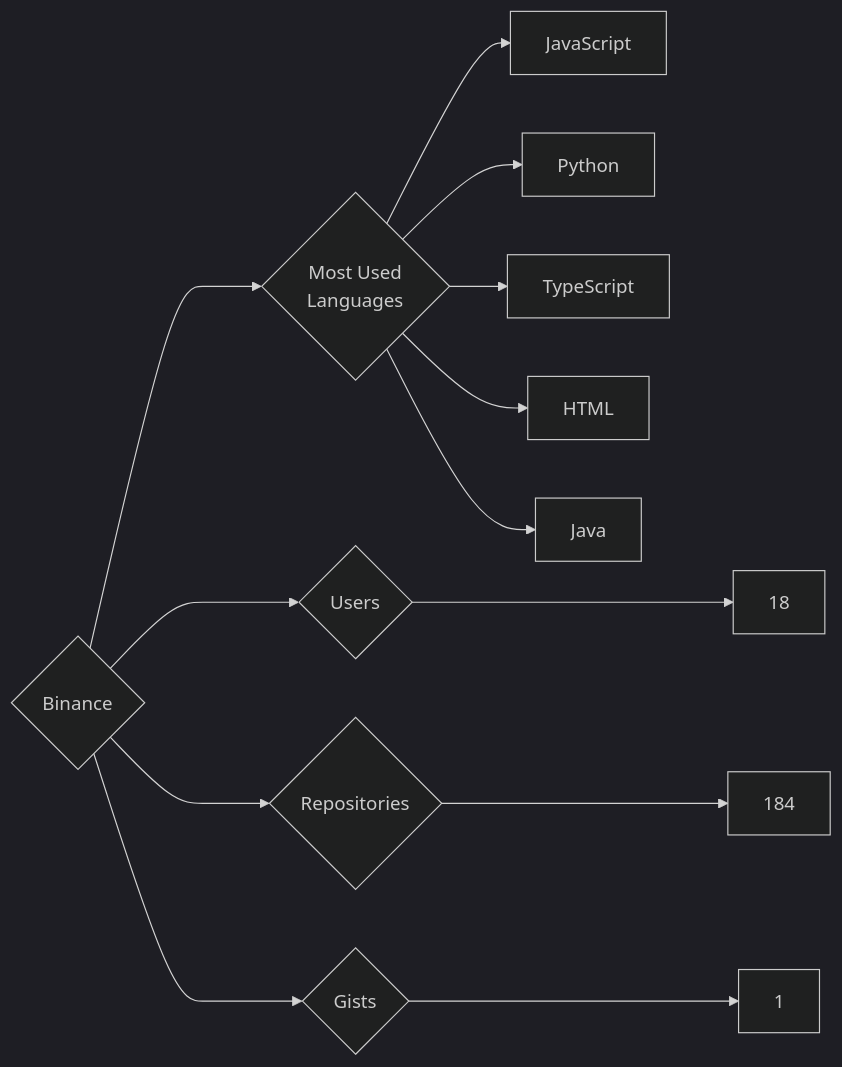
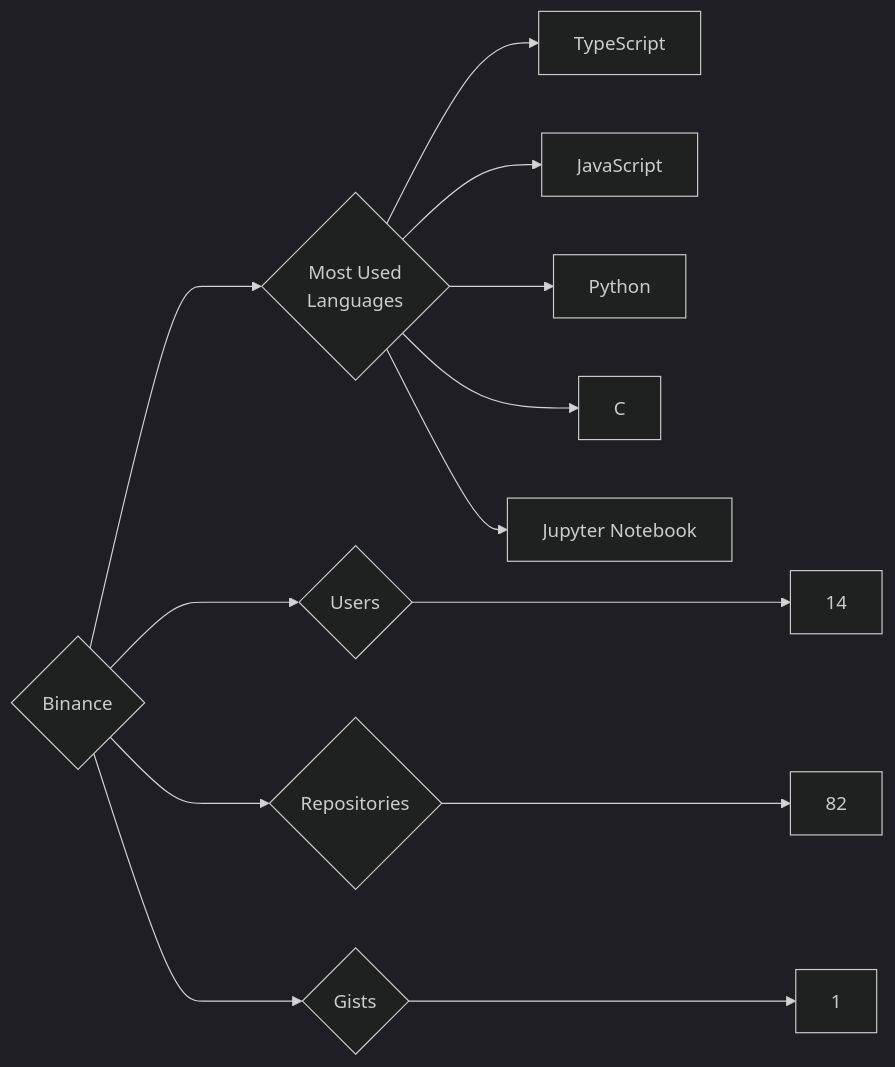
One commit to trickest/insiders changed the diagram in targets/Binance/README.md. Above: the diagram before and after it, drawn with Mermaid (dark theme). The commit also changed 845 other files, not shown here.

````diff
--- a/targets/Binance/README.md
+++ b/targets/Binance/README.md
@@ -3,13 +3,13 @@
 ```mermaid
 graph LR
 COMPANY_NAME{Binance}
-COMPANY_NAME ---> U{Users} ---> UN[18]
-COMPANY_NAME ---> R{Repositories} ---> RN[184]
+COMPANY_NAME ---> U{Users} ---> UN[14]
+COMPANY_NAME ---> R{Repositories} ---> RN[82]
 COMPANY_NAME ---> G{Gists} ---> GN[1]
 COMPANY_NAME ---> ML{Most Used<br>Languages}
+ML --> TypeScript[TypeScript]
 ML --> JavaScript[JavaScript]
 ML --> Python[Python]
-ML --> TypeScript[TypeScript]
-ML --> HTML[HTML]
-ML --> Java[Java]
+ML --> C[C]
+ML --> Jupyter_Notebook[Jupyter Notebook]
 ```
````
